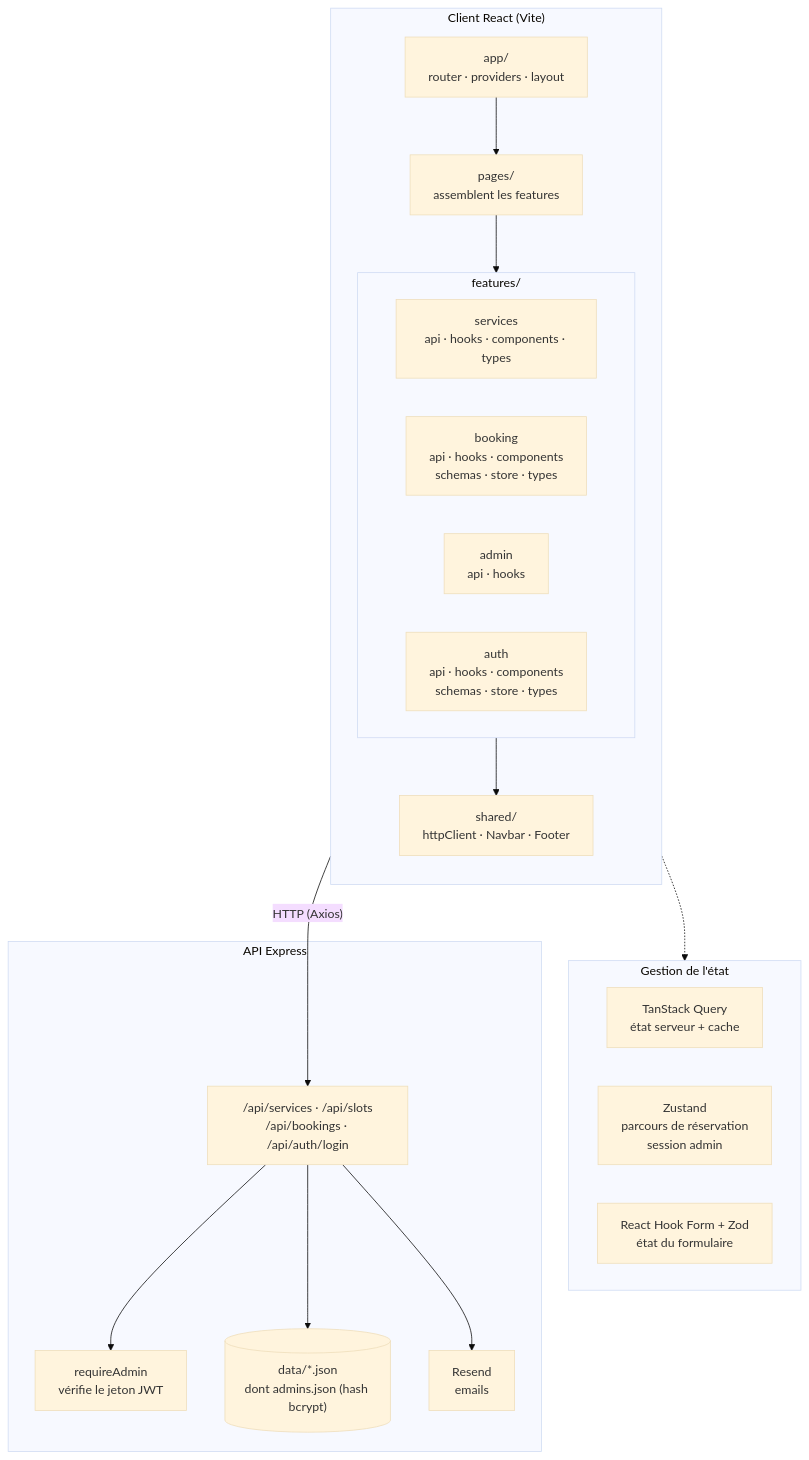
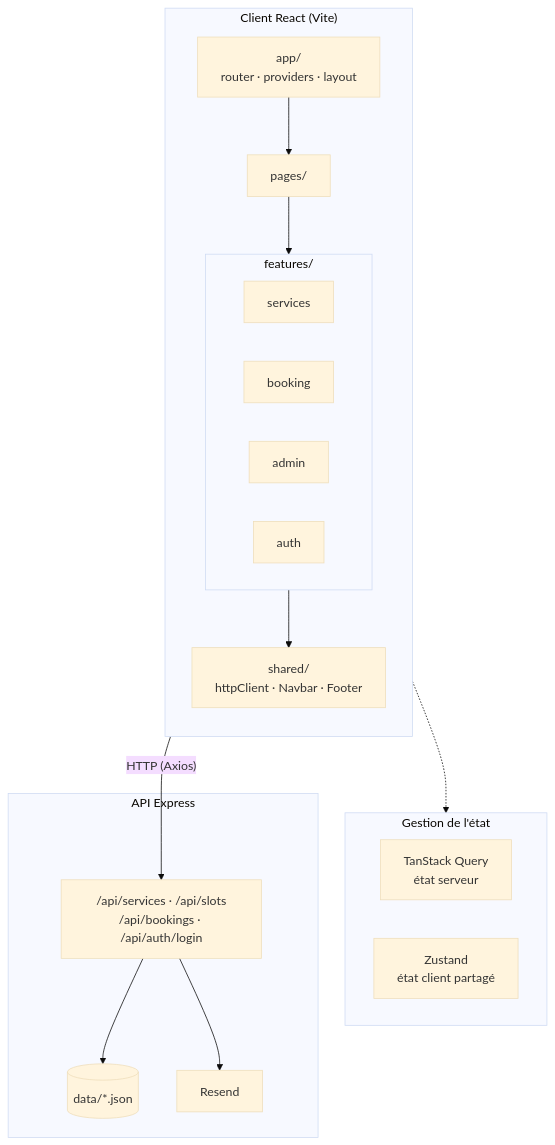
The diagram in 04–architecturefront-end-reactexpertise/README.md (Ketchuskana/m2-rattrapages-sonessomemoukouri-ketchuskana), drawn with Mermaid (base theme) before and after one commit. The commit also changed other lines of this file and 1 other file, not shown here.

````diff
--- a/04–architecturefront-end-reactexpertise/README.md
+++ b/04–architecturefront-end-reactexpertise/README.md
@@ -128,41 +56,38 @@
 ```mermaid
 flowchart TB
     subgraph Client["Client React (Vite)"]
         direction TB
         APP["app/<br/>router · providers · layout"]
-        PAGES["pages/<br/>assemblent les features"]
+        PAGES["pages/"]
 
         subgraph Features["features/"]
             direction LR
-            SERV["services<br/>api · hooks · components · types"]
-            BOOK["booking<br/>api · hooks · components<br/>schemas · store · types"]
-            ADM["admin<br/>api · hooks"]
-            AUTH["auth<br/>api · hooks · components<br/>schemas · store · types"]
+            SERV["services"]
+            BOOK["booking"]
+            ADM["admin"]
+            AUTH["auth"]
         end
 
         SHARED["shared/<br/>httpClient · Navbar · Footer"]
 
         APP --> PAGES
         PAGES --> Features
         Features --> SHARED
     end
 
     subgraph State["Gestion de l'état"]
-        RQ["TanStack Query<br/>état serveur + cache"]
-        ZU["Zustand<br/>parcours de réservation<br/>session admin"]
-        RHF["React Hook Form + Zod<br/>état du formulaire"]
+        RQ["TanStack Query<br/>état serveur"]
+        ZU["Zustand<br/>état client partagé"]
     end
 
     subgraph Server["API Express"]
         ROUTES["/api/services · /api/slots<br/>/api/bookings · /api/auth/login"]
-        GUARD["requireAdmin<br/>vérifie le jeton JWT"]
-        DB[("data/*.json<br/>dont admins.json (hash bcrypt)")]
-        MAIL["Resend<br/>emails"]
-        ROUTES --> GUARD
+        DB[("data/*.json")]
+        MAIL["Resend"]
         ROUTES --> DB
         ROUTES --> MAIL
     end
 
     Features -.-> State
     SHARED -- "HTTP (Axios)" --> ROUTES
 ```
````
